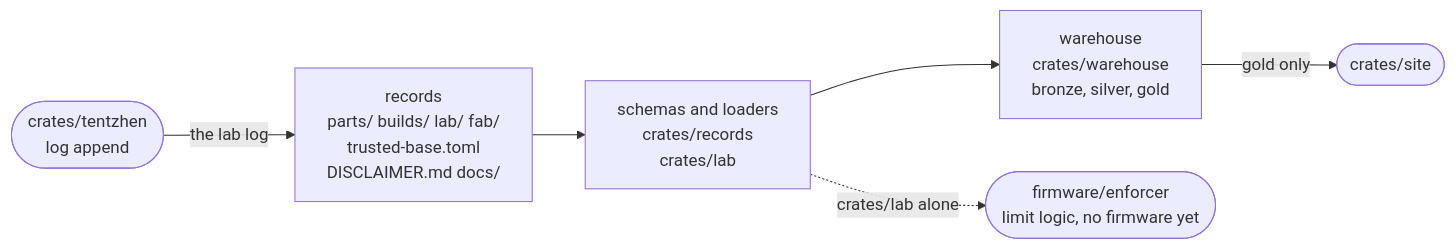
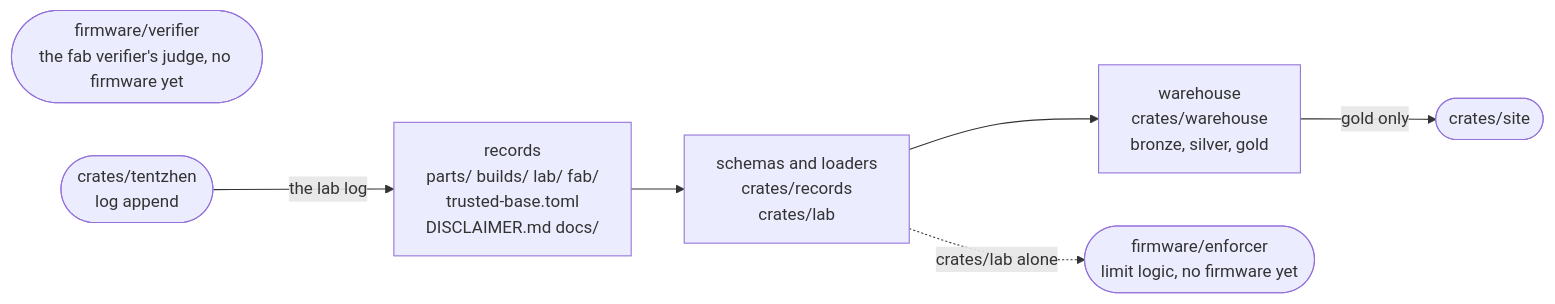
Before and after one commit to via-balaena/tentzhen: the diagram in docs/architecture.md, drawn with Mermaid. The commit also changed other lines of this file and 12 other files, not shown here.

First line of the commit message:
The fab verifier's judge, step 1a: TPM quotes checked on real quotes from swtpm (#66)

````diff
--- a/docs/architecture.md
+++ b/docs/architecture.md
@@ -9,12 +9,13 @@
 ```mermaid
 flowchart LR
   records["records<br/>parts/ builds/ lab/ fab/<br/>trusted-base.toml<br/>DISCLAIMER.md docs/"]
   schemas["schemas and loaders<br/>crates/records<br/>crates/lab"]
   warehouse["warehouse<br/>crates/warehouse<br/>bronze, silver, gold"]
   site(["crates/site"])
   enforcer(["firmware/enforcer<br/>limit logic, no firmware yet"])
+  verifier(["firmware/verifier<br/>the fab verifier's judge, no firmware yet"])
   host(["crates/tentzhen<br/>log append"])
   records --> schemas --> warehouse -- gold only --> site
   schemas -. crates/lab alone .-> enforcer
   host -- the lab log --> records
 ```
````
